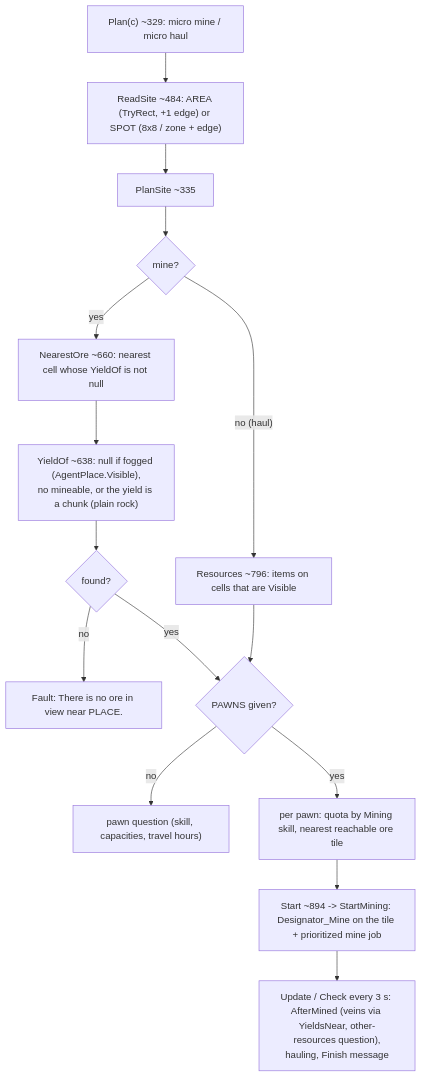
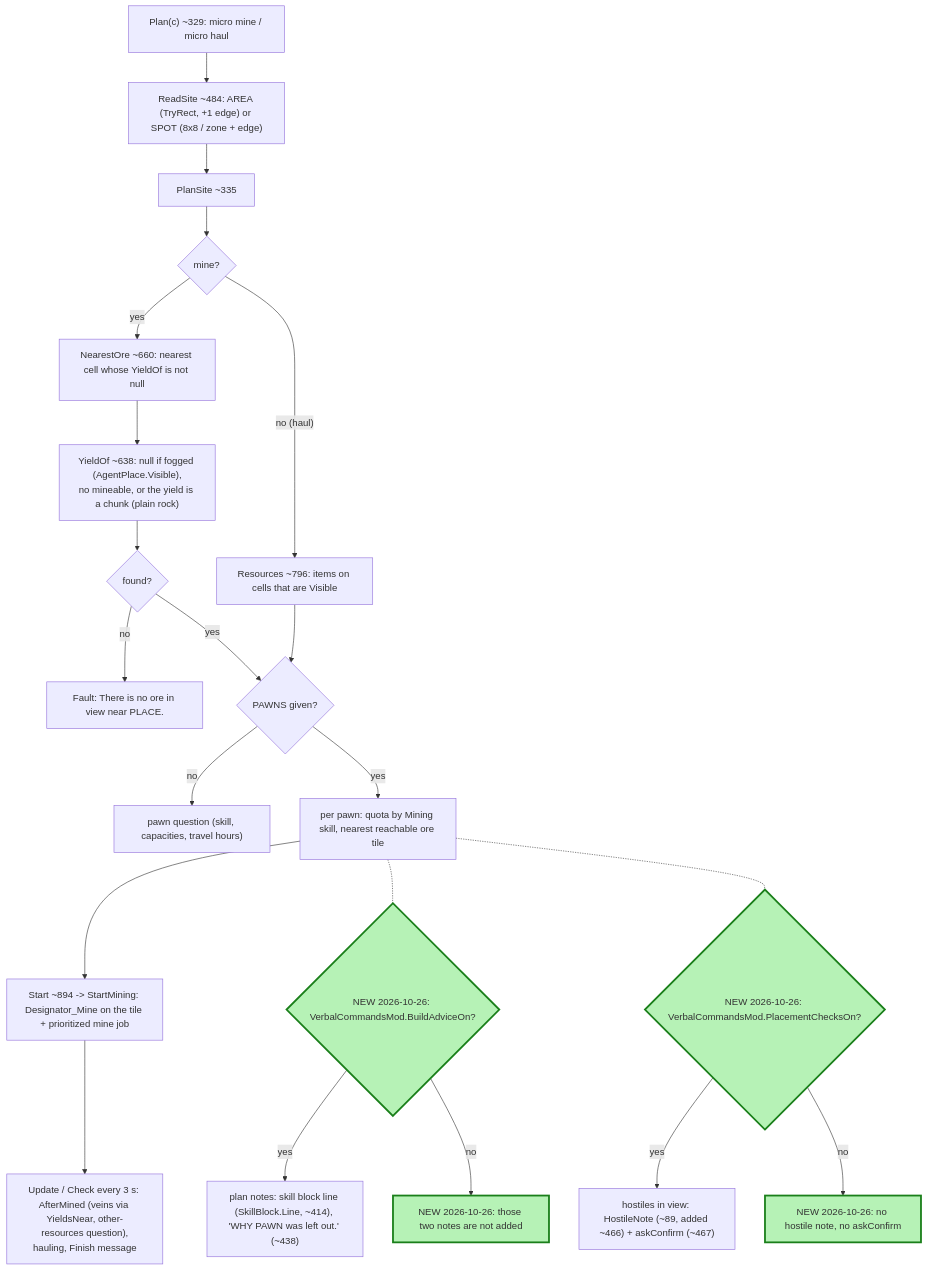
Before and after one commit to dongk99/VerbalCommandsCSharpSource: the diagram in AgentMicro.cs.mmd, drawn with Mermaid. The commit also changed 63 other files, not shown here.

First line of the commit message:
Add on/off gates for tips, reminders, placement checks and build advice

```diff
--- a/AgentMicro.cs.mmd
+++ b/AgentMicro.cs.mmd
@@ -1,15 +1,23 @@
 flowchart TB
   plan["Plan(c) ~329: micro mine / micro haul"] --> rs["ReadSite ~484: AREA (TryRect, +1 edge) or SPOT (8x8 / zone + edge)"]
   rs --> ps["PlanSite ~335"]
   ps --> mine{"mine?"}
   mine -- yes --> no["NearestOre ~660: nearest cell whose YieldOf is not null"]
   no --> yo["YieldOf ~638: null if fogged (AgentPlace.Visible),<br/>no mineable, or the yield is a chunk (plain rock)"]
   yo --> none{"found?"}
   none -- no --> f1["Fault: There is no ore in view near PLACE."]
   none -- yes --> pawns
   mine -- "no (haul)" --> res["Resources ~796: items on cells that are Visible"]
   res --> pawns{"PAWNS given?"}
   pawns -- no --> q["pawn question (skill, capacities, travel hours)"]
   pawns -- yes --> go["per pawn: quota by Mining skill, nearest reachable ore tile"]
   go --> start["Start ~894 -> StartMining: Designator_Mine on the tile + prioritized mine job"]
   start --> run["Update / Check every 3 s: AfterMined (veins via YieldsNear, other-resources question),<br/>hauling, Finish message"]
+  go -.- adv{"NEW 2026-10-26: VerbalCommandsMod.BuildAdviceOn?"}
+  adv -- yes --> advn["plan notes: skill block line (SkillBlock.Line, ~414), 'WHY PAWN was left out.' (~438)"]
+  adv -- no --> advx["NEW 2026-10-26: those two notes are not added"]
+  go -.- hos{"NEW 2026-10-26: VerbalCommandsMod.PlacementChecksOn?"}
+  hos -- yes --> hosn["hostiles in view: HostileNote (~89, added ~466) + askConfirm (~467)"]
+  hos -- no --> hosx["NEW 2026-10-26: no hostile note, no askConfirm"]
+  class adv,advx,hos,hosx new
+  classDef new fill:#b6f2b6,stroke:#1a7f1a,stroke-width:3px
```
